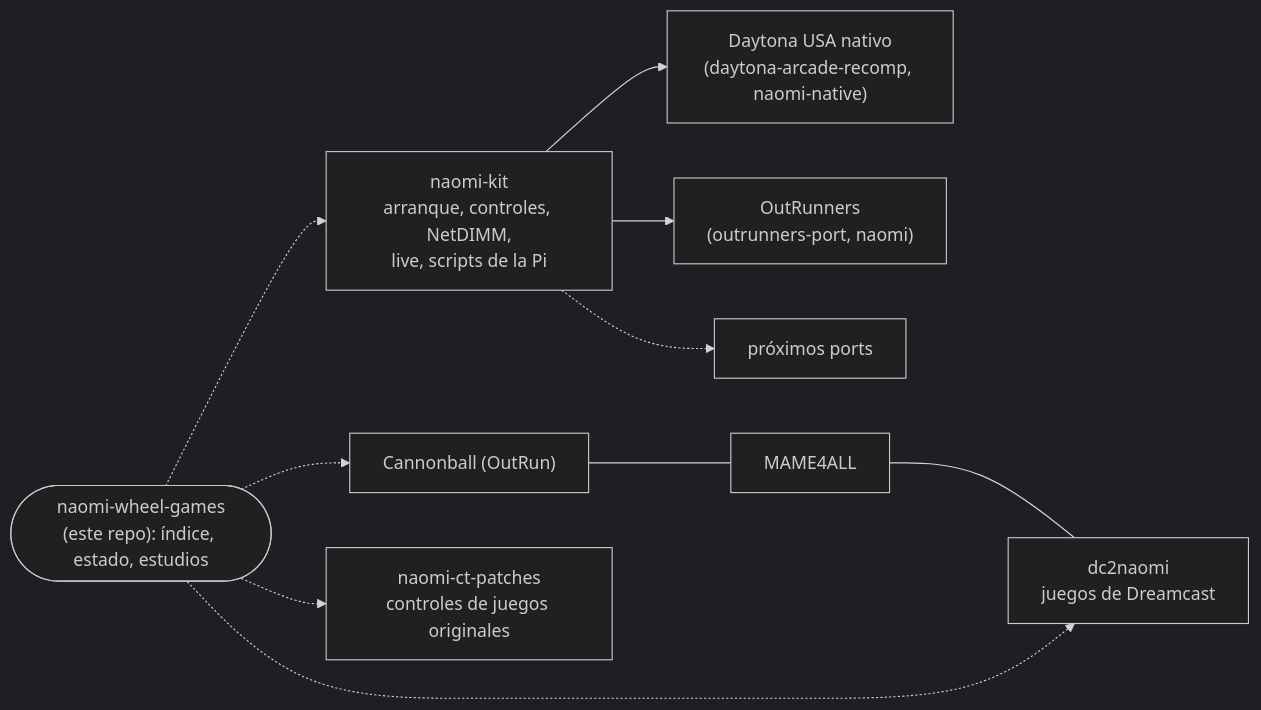
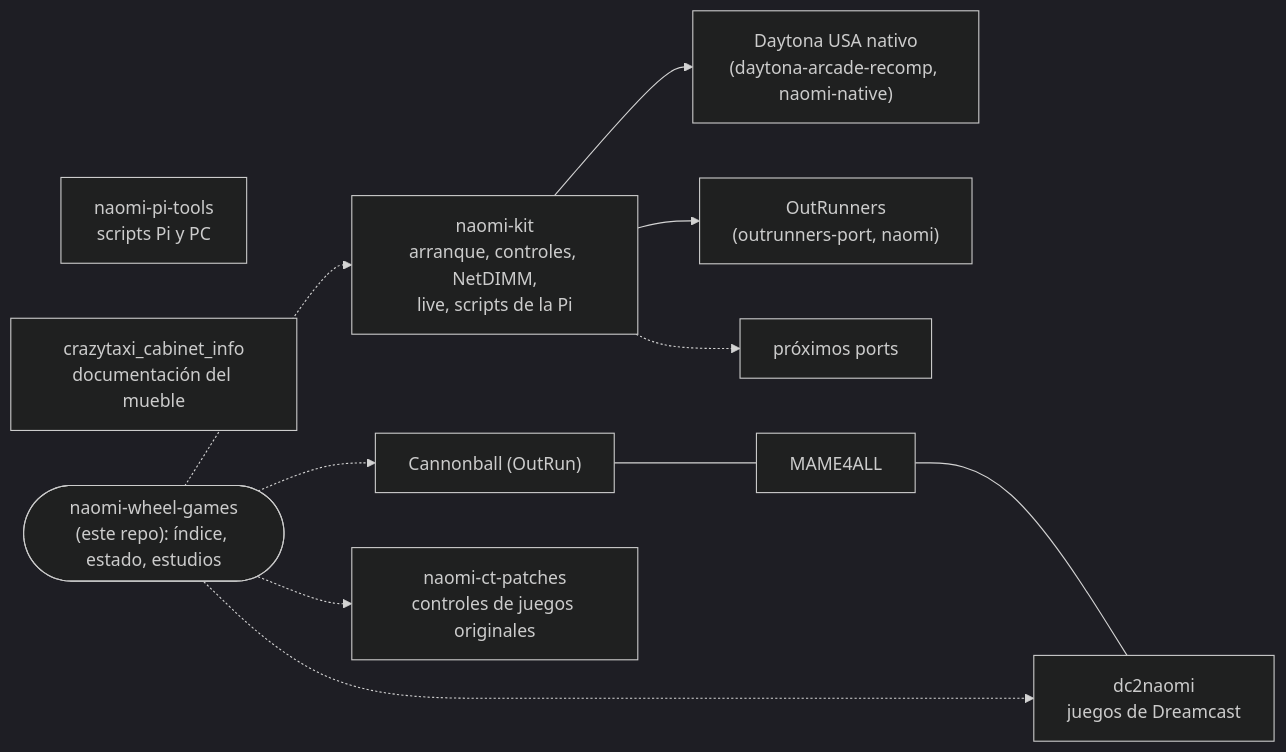
One commit to 0skarzer0/naomi-wheel-games changed the diagram in README.md. Above: the diagram before and after it, drawn with Mermaid (dark theme). The commit also changed other lines of this file and 3 other files, not shown here.

First line of the commit message:
Enlaza naomi-pi-tools y crazytaxi_cabinet_info; actualiza controles de Super Sprint

````diff
--- a/README.md
+++ b/README.md
@@ -35,13 +37,15 @@
 ```mermaid
 flowchart LR
     kit["naomi-kit<br/>arranque, controles, NetDIMM,<br/>live, scripts de la Pi"]
+    tools["naomi-pi-tools<br/>scripts Pi y PC"]
+    cab["crazytaxi_cabinet_info<br/>documentación del mueble"]
     kit --> day["Daytona USA nativo<br/>(daytona-arcade-recomp, naomi-native)"]
     kit --> orun["OutRunners<br/>(outrunners-port, naomi)"]
     kit -.-> next["próximos ports"]
     cb["Cannonball (OutRun)"] --- m4["MAME4ALL"] --- dc2["dc2naomi<br/>juegos de Dreamcast"]
     patches["naomi-ct-patches<br/>controles de juegos originales"]
     wheel(["naomi-wheel-games<br/>(este repo): índice, estado, estudios"]) -.-> kit
     wheel -.-> cb
     wheel -.-> dc2
     wheel -.-> patches
 ```
````
